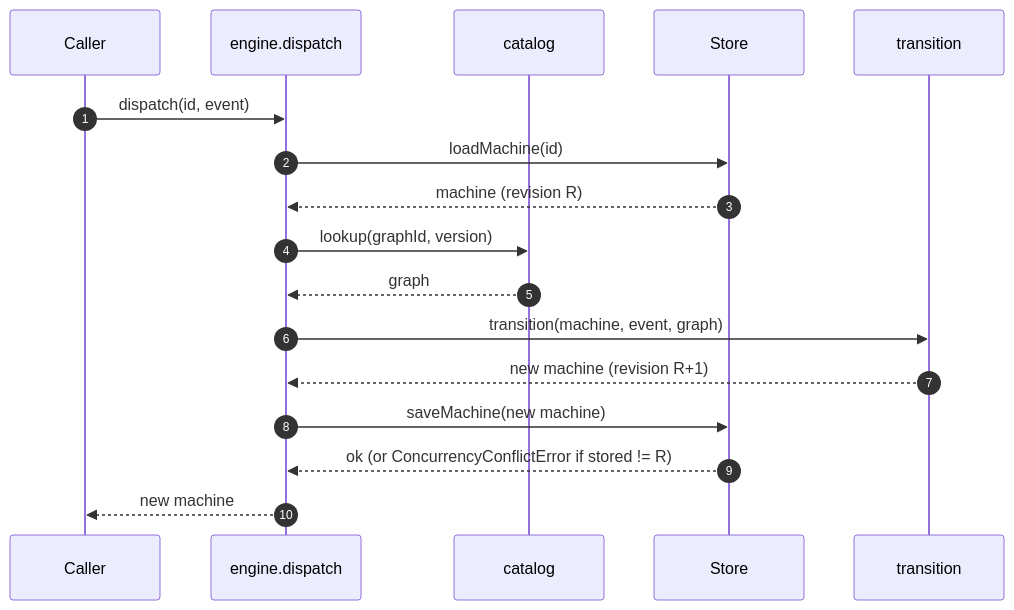
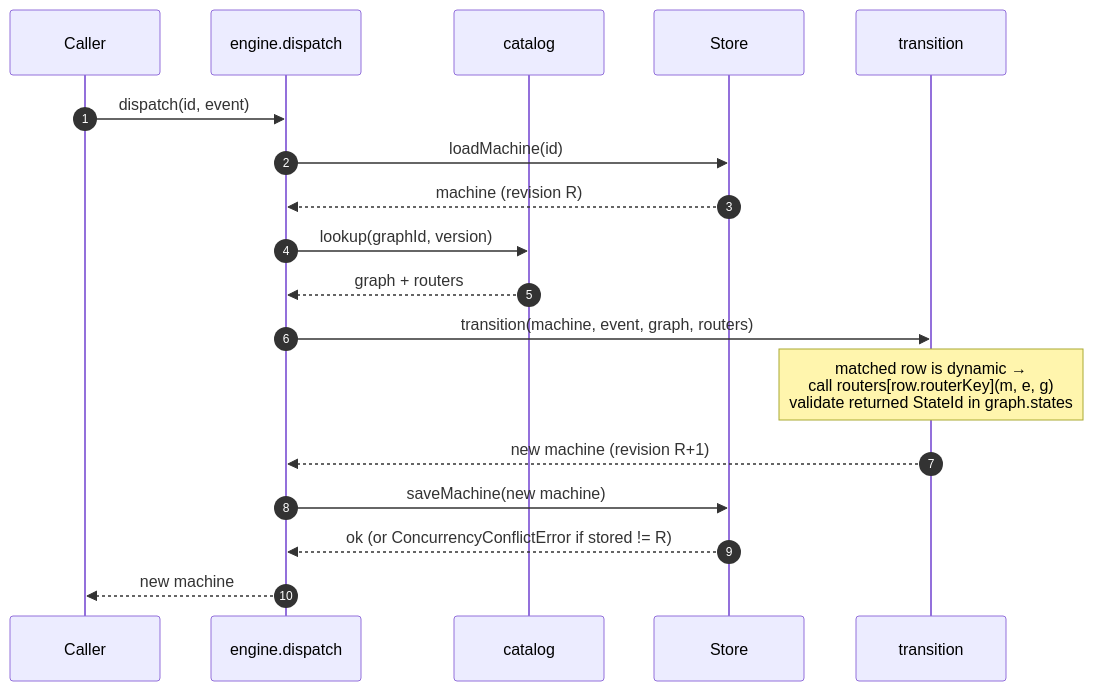
The second of 3 diagrams in architecture.md (foreman-lab/handbook), drawn with Mermaid before and after one commit. The commit also changed other lines of this file, not shown here.

First line of the commit message:
docs(arch): Router→basic + drop terminal + generics + layered model (#10)

````diff
--- a/architecture.md
+++ b/architecture.md
@@ -309,20 +378,21 @@
 ```mermaid
 sequenceDiagram
     autonumber
     participant C as Caller
     participant E as engine.dispatch
     participant Cat as catalog
     participant S as Store
     participant Dom as transition
 
     C->>E: dispatch(id, event)
     E->>S: loadMachine(id)
     S-->>E: machine (revision R)
     E->>Cat: lookup(graphId, version)
-    Cat-->>E: graph
-    E->>Dom: transition(machine, event, graph)
+    Cat-->>E: graph + routers
+    E->>Dom: transition(machine, event, graph, routers)
+    Note over Dom: matched row is dynamic →<br/>call routers[row.routerKey](m, e, g)<br/>validate returned StateId in graph.states
     Dom-->>E: new machine (revision R+1)
     E->>S: saveMachine(new machine)
     S-->>E: ok (or ConcurrencyConflictError if stored != R)
     E-->>C: new machine
 ```
````
